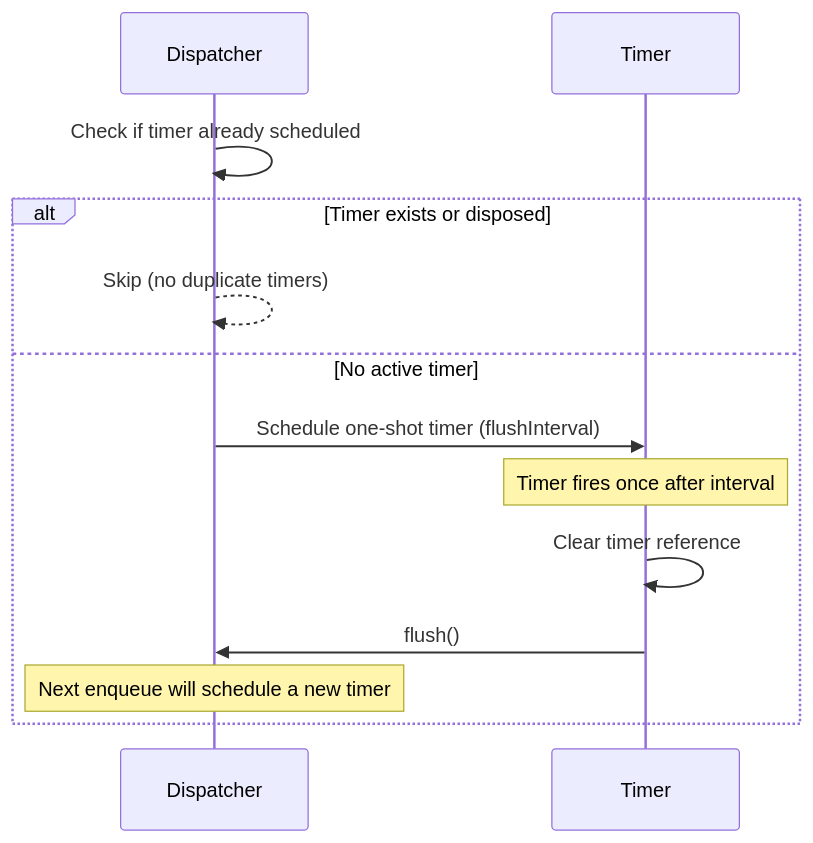
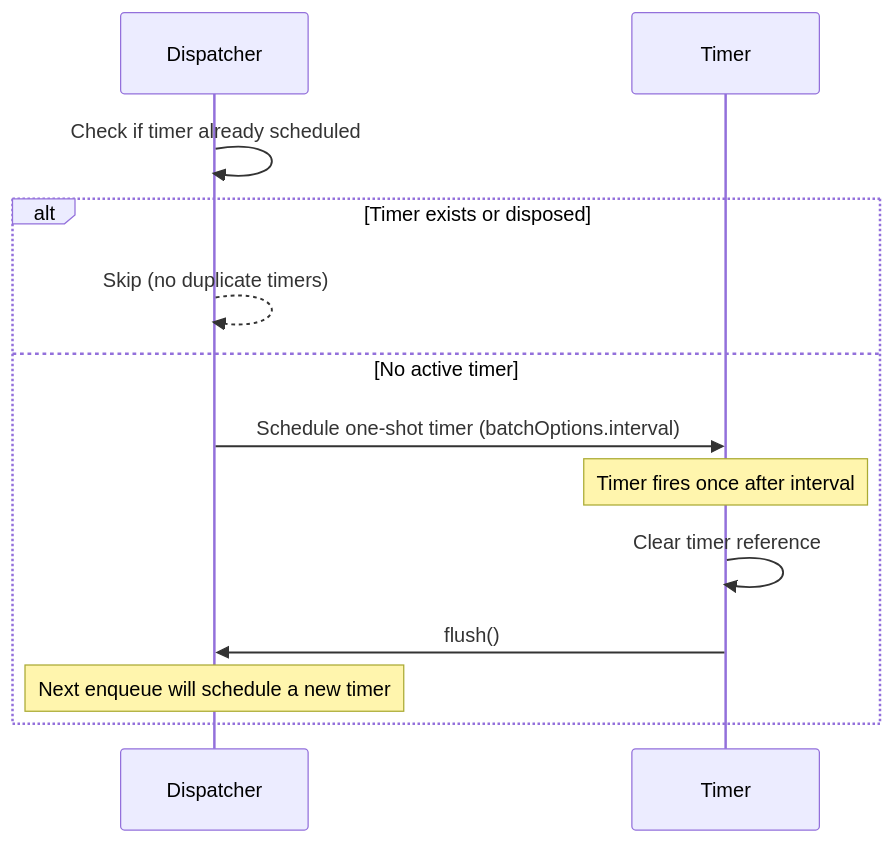
One commit to Tap30/ripple changed the sixth of 9 diagrams in DESIGN_AND_CONTRACTS.md. Above: the diagram before and after it, drawn with Mermaid. The commit also changed other lines of this file and 4 other files, not shown here.

````diff
--- a/DESIGN_AND_CONTRACTS.md
+++ b/DESIGN_AND_CONTRACTS.md
@@ -378,16 +467,16 @@
 ```mermaid
 sequenceDiagram
     participant Dispatcher
     participant Timer
 
     Dispatcher->>Dispatcher: Check if timer already scheduled
     alt Timer exists or disposed
         Dispatcher-->>Dispatcher: Skip (no duplicate timers)
     else No active timer
-        Dispatcher->>Timer: Schedule one-shot timer (flushInterval)
+        Dispatcher->>Timer: Schedule one-shot timer (batchOptions.interval)
         Note over Timer: Timer fires once after interval
         Timer->>Timer: Clear timer reference
         Timer->>Dispatcher: flush()
         Note over Dispatcher: Next enqueue will schedule a new timer
     end
 ```
````
